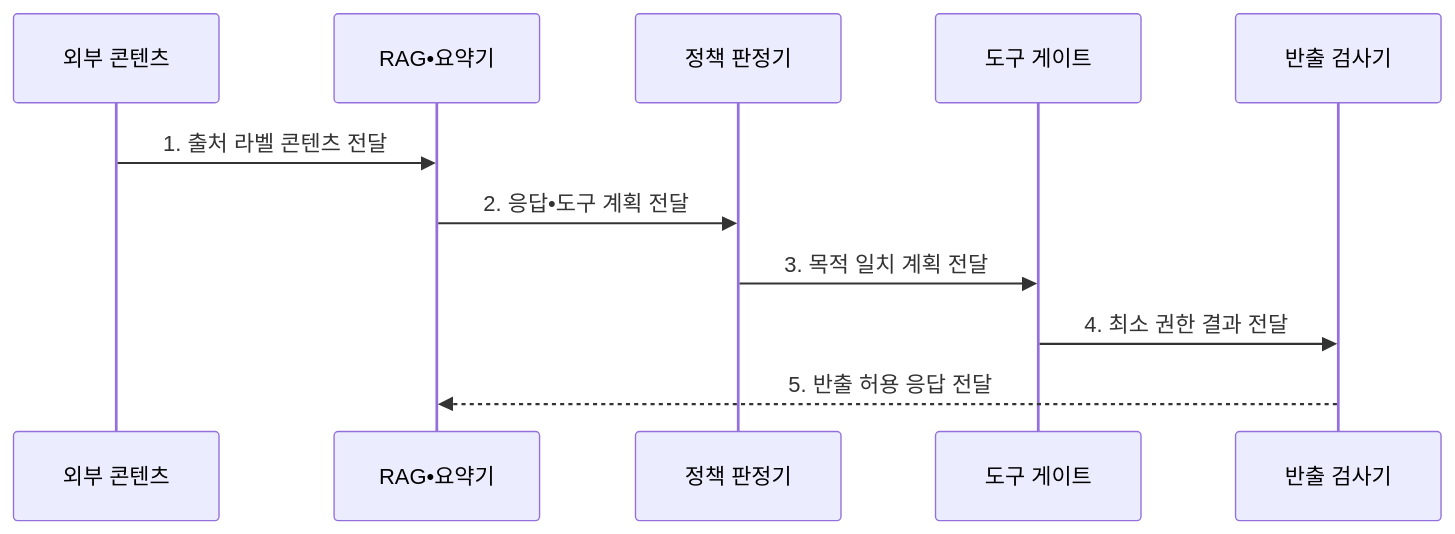
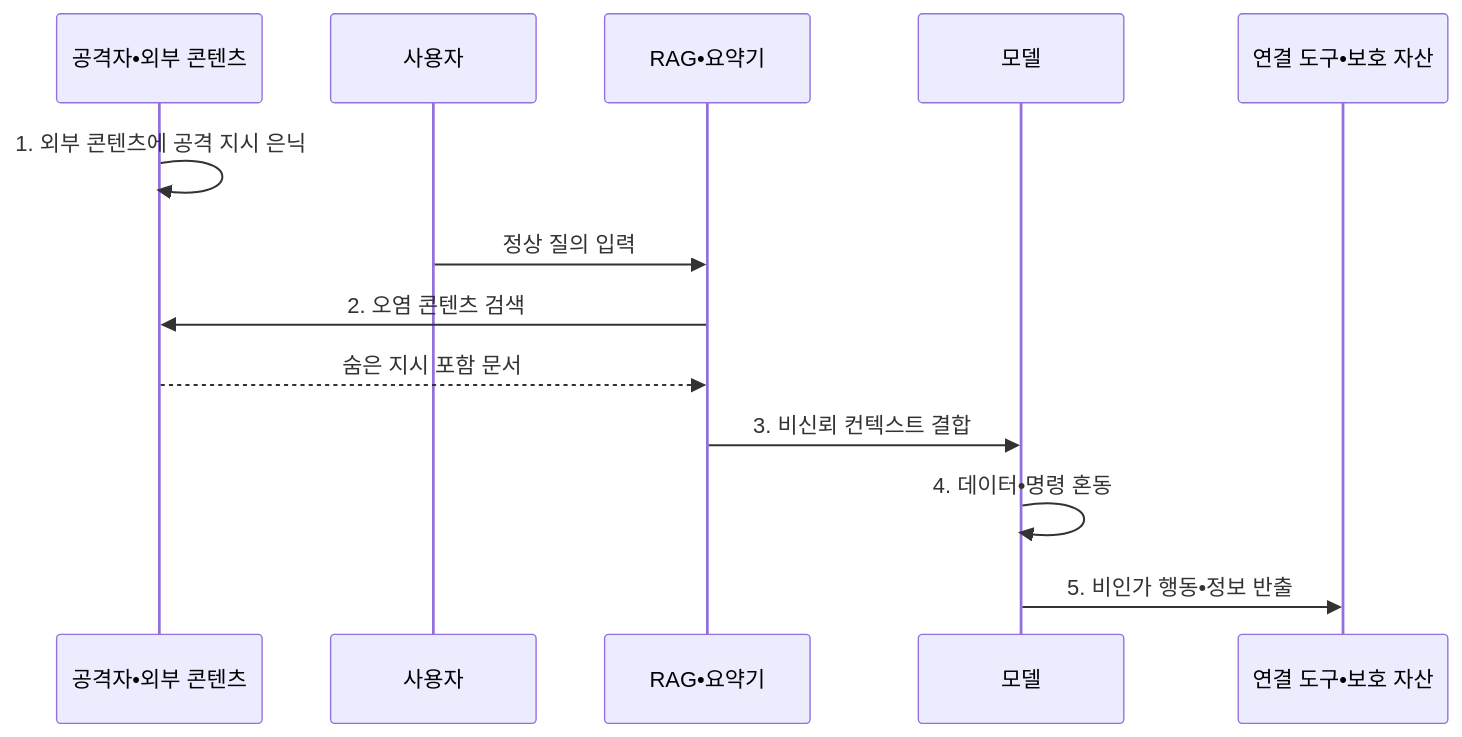
One commit to agnusdei1207/knowledge-base changed the second of 2 diagrams in src/content/docs/notes/08-latest-tech/117_indirect_prompt_injection.md. Above: the diagram before and after it, drawn with Mermaid. The commit also changed other lines of this file and 15 other files, not shown here.

````diff
--- a/src/content/docs/notes/08-latest-tech/117_indirect_prompt_injection.md
+++ b/src/content/docs/notes/08-latest-tech/117_indirect_prompt_injection.md
@@ -107,13 +107,15 @@
 ```mermaid
 sequenceDiagram
-    participant C as 외부 콘텐츠
+    participant A as 공격자•외부 콘텐츠
+    participant U as 사용자
     participant R as RAG•요약기
-    participant P as 정책 판정기
-    participant G as 도구 게이트
-    participant E as 반출 검사기
-    C->>R: 1. 출처 라벨 콘텐츠 전달
-    R->>P: 2. 응답•도구 계획 전달
-    P->>G: 3. 목적 일치 계획 전달
-    G->>E: 4. 최소 권한 결과 전달
-    E-->>R: 5. 반출 허용 응답 전달
+    participant M as 모델
+    participant T as 연결 도구•보호 자산
+    A->>A: 1. 외부 콘텐츠에 공격 지시 은닉
+    U->>R: 정상 질의 입력
+    R->>A: 2. 오염 콘텐츠 검색
+    A-->>R: 숨은 지시 포함 문서
+    R->>M: 3. 비신뢰 컨텍스트 결합
+    M->>M: 4. 데이터•명령 혼동
+    M->>T: 5. 비인가 행동•정보 반출
 ```
````
